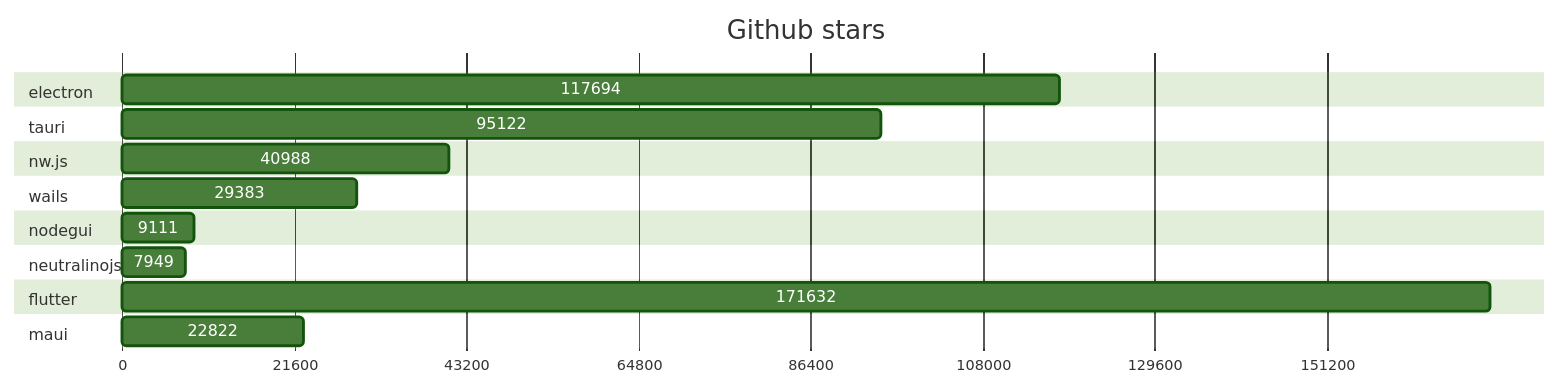
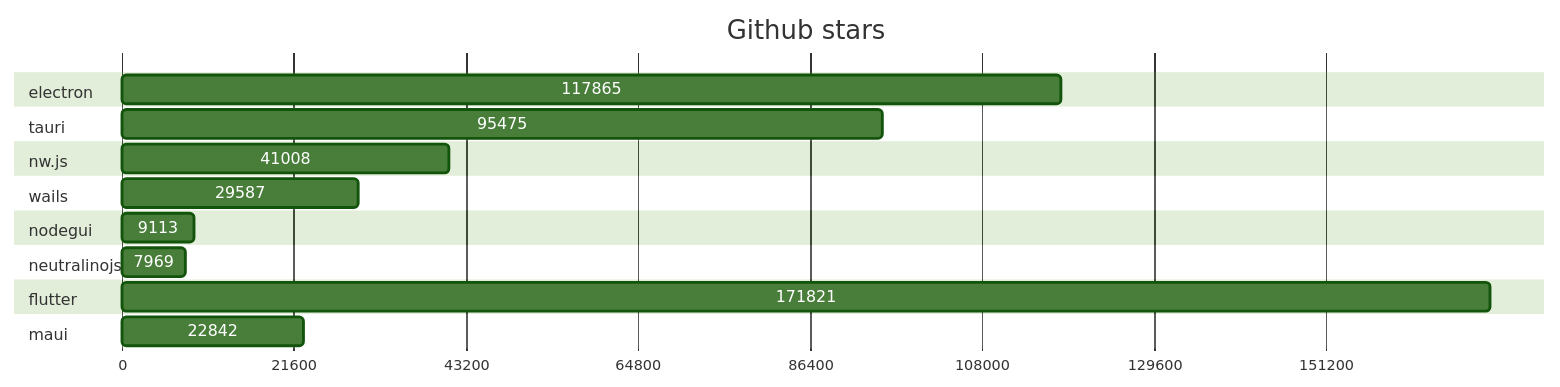
One commit to Elanis/web-to-desktop-framework-comparison changed the first of 2 diagrams in GRAPHS.md. Above: the diagram before and after it, drawn with Mermaid (forest theme). The commit also changed other lines of this file and 2 other files, not shown here.

Commit message:
Update stars & Fork

````diff
--- a/GRAPHS.md
+++ b/GRAPHS.md
@@ -5,40 +5,40 @@
 ```mermaid
 gantt
     title Github stars
     dateFormat  X
     axisFormat %s
 
 
 	section electron
-	117694 : 0, 117694
+	117865 : 0, 117865
 
 	
 	section tauri
-	95122 : 0, 95122
+	95475 : 0, 95475
 
 	
 	section nw.js
-	40988 : 0, 40988
+	41008 : 0, 41008
 
 	
 	section wails
-	29383 : 0, 29383
+	29587 : 0, 29587
 
 	
 	section nodegui
-	9111 : 0, 9111
+	9113 : 0, 9113
 
 	
 	section neutralinojs
-	7949 : 0, 7949
+	7969 : 0, 7969
 
 	
 	section flutter
-	171632 : 0, 171632
+	171821 : 0, 171821
 
 	
 	section maui
-	22822 : 0, 22822
+	22842 : 0, 22842
 
 	
 ```
````
